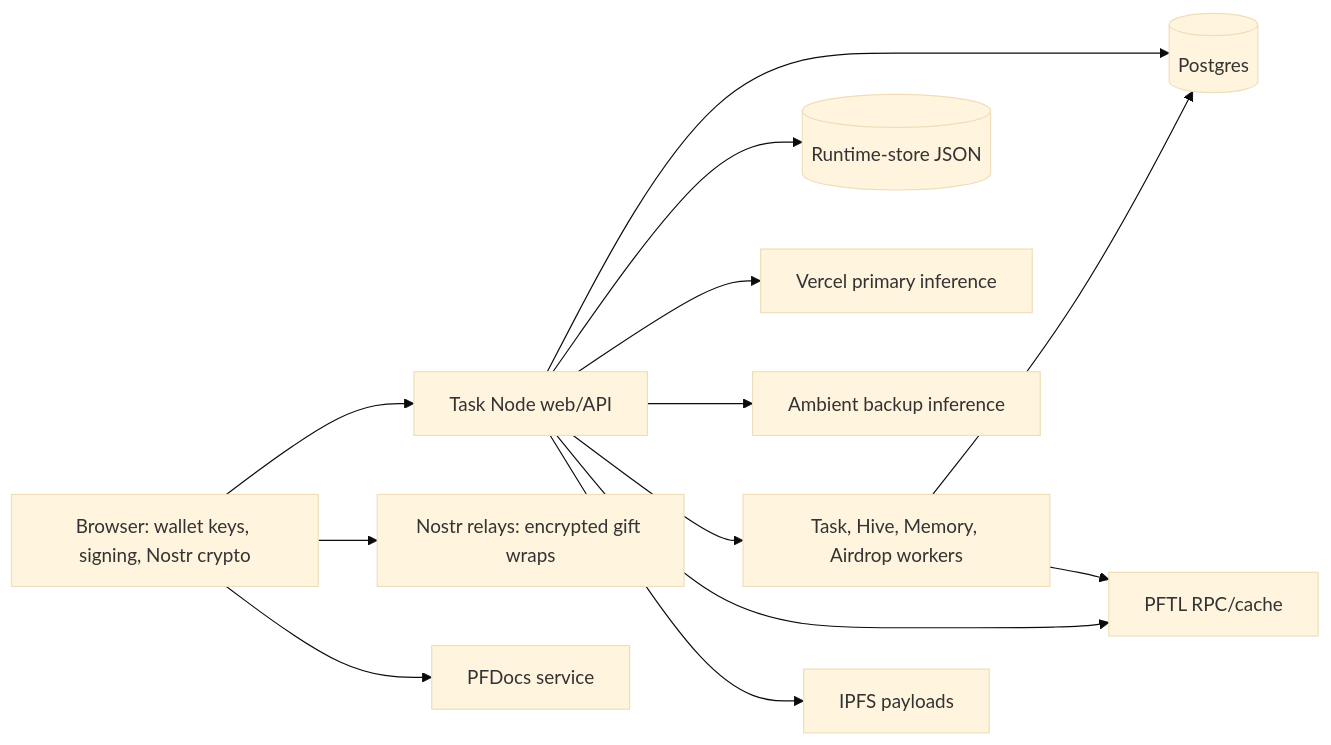
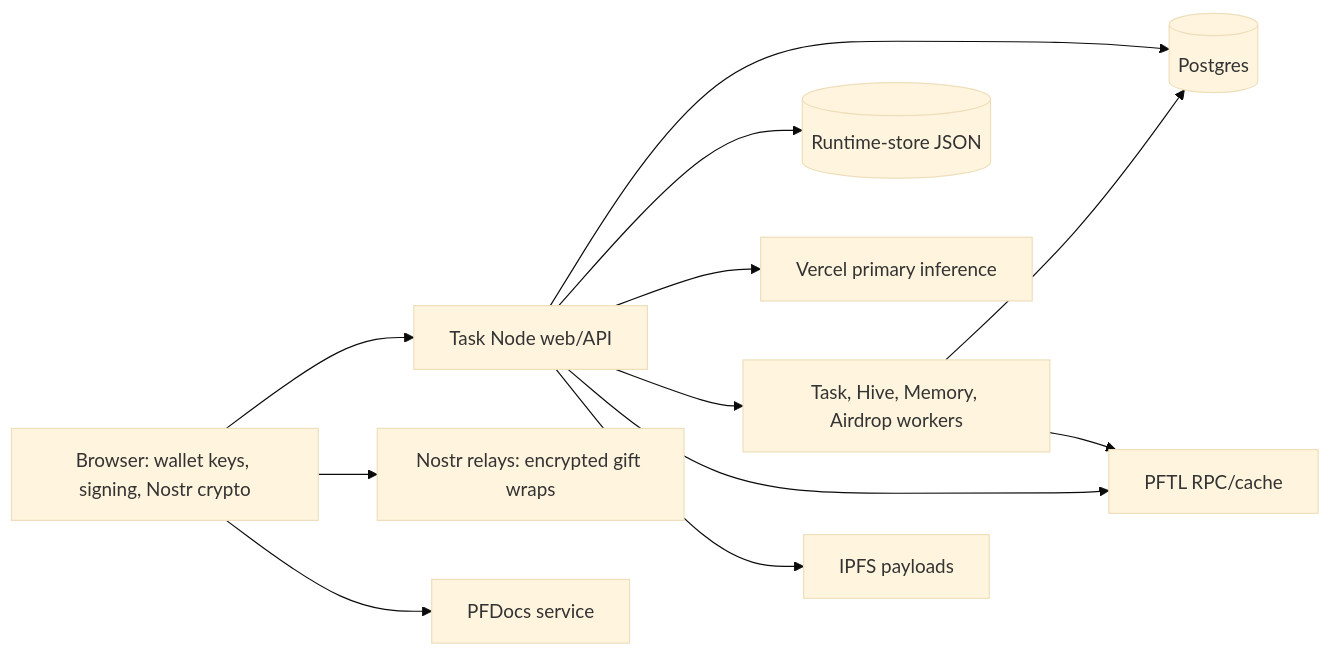
One commit to postfiatorg/tasknode changed the diagram in docs/wiki/index.md. Above: the diagram before and after it, drawn with Mermaid (base theme). The commit also changed 51 other files, not shown here.

First line of the commit message:
Run task generation on Kimi K3.1 Pro; retire the Ambient backup (#343)

````diff
--- a/docs/wiki/index.md
+++ b/docs/wiki/index.md
@@ -56,15 +56,14 @@
 ```mermaid
 flowchart LR
   Browser[Browser: wallet keys, signing, Nostr crypto] --> API[Task Node web/API]
   API --> PG[(Postgres)]
   API --> Store[(Runtime-store JSON)]
   API --> Gateway[Vercel primary inference]
-  API --> Ambient[Ambient backup inference]
   API --> Workers[Task, Hive, Memory, Airdrop workers]
   Browser --> Relays[Nostr relays: encrypted gift wraps]
   Browser --> PFDocs[PFDocs service]
   API --> PFTL[PFTL RPC/cache]
   API --> IPFS[IPFS payloads]
   Workers --> PG
   Workers --> PFTL
 ```
````
